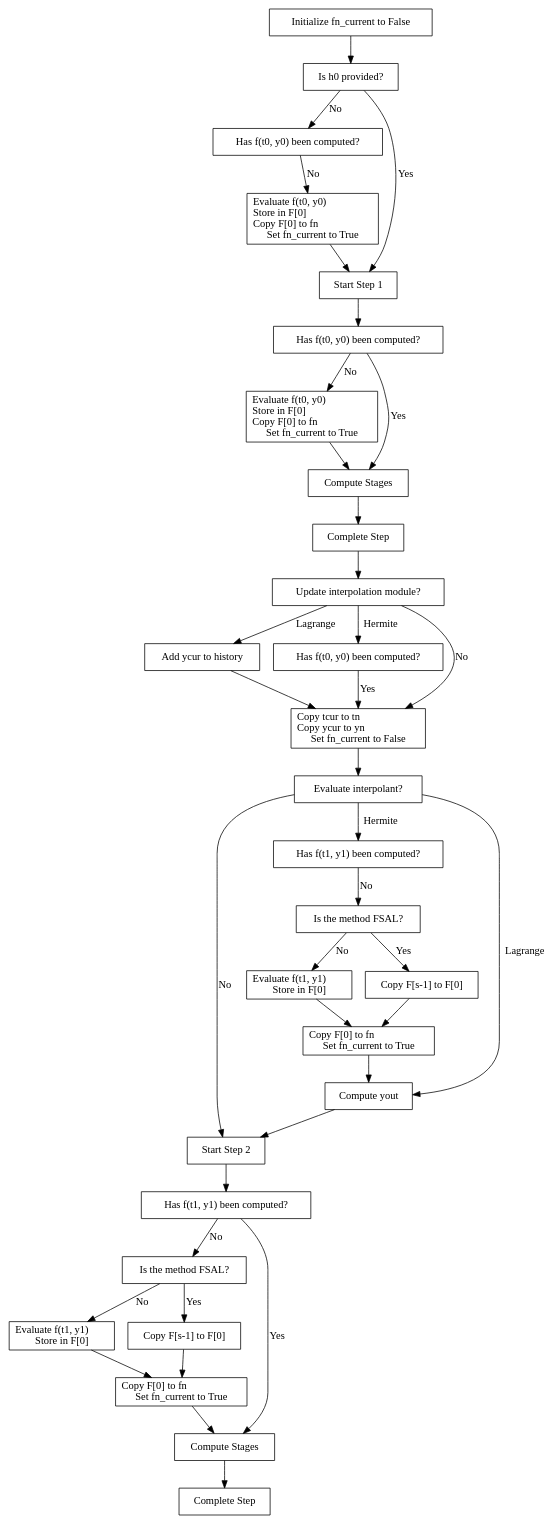
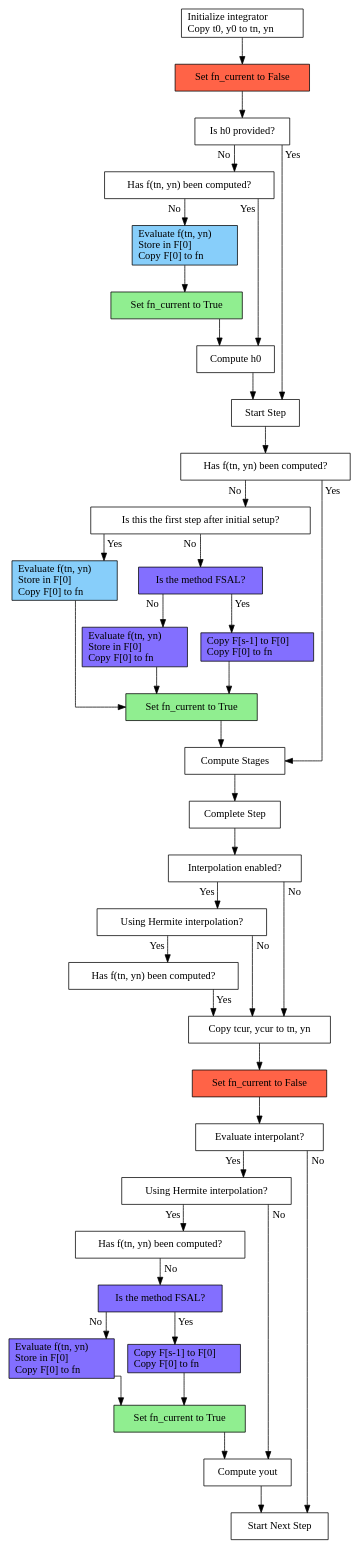
One commit to LLNL/sundials changed the first of 4 diagrams in doc/sundials_developers/source/packages/ARKODE.rst. Above: the diagram before and after it, drawn with Graphviz. The commit also changed other lines of this file, not shown here.

Commit message:
update flow charts

```diff
--- a/doc/sundials_developers/source/packages/ARKODE.rst
+++ b/doc/sundials_developers/source/packages/ARKODE.rst
@@ -22,76 +20,96 @@
 .. digraph:: erk_fullrhs
 
    node [shape=box]
+   splines=ortho
 
-   start [label="Initialize fn_current to False"];
-   h0    [label="Is h0 provided?", target="_top"];
-   f0q1  [label="Has f(t0, y0) been computed?"];
-   eval1 [label="Evaluate f(t0, y0)\lStore in F[0]\lCopy F[0] to fn\lSet fn_current to True"];
-   step1 [label="Start Step 1"];
+   // -----------------
+   // Before first step
+   // -----------------
 
-   start -> h0
-   h0 -> step1 [label="Yes"]
-   h0 -> f0q1 [label="No"]
-   f0q1 -> eval1 [label="No"]
-   eval1 -> step1
+   init    [label="Initialize integrator\lCopy t0, y0 to tn, yn\l"]
+   f0cur   [label="Set fn_current to False", style=filled, fillcolor=tomato1]
+   h0      [label="Is h0 provided?", target="_top"]
+   f0_q1   [label="Has f(tn, yn) been computed?"]
+   eval1   [label="Evaluate f(tn, yn)\lStore in F[0]\lCopy F[0] to fn\l", style=filled, fillcolor=lightskyblue]
+   fcur1   [label="Set fn_current to True", style=filled, fillcolor=lightgreen]
+   h0_comp [label="Compute h0"]
+   start   [label="Start Step"]
 
-   f0q2     [label="Has f(t0, y0) been computed?"];
-   eval2    [label="Evaluate f(t0, y0)\lStore in F[0]\lCopy F[0] to fn\lSet fn_current to True"];
+   init    -> f0cur -> h0
+   h0      -> start   [taillabel="Yes", labeldistance=2, labelangle=45]
+   h0      -> f0_q1   [taillabel="No", labeldistance=2, labelangle=-45]
+   f0_q1   -> h0_comp [taillabel="Yes", labeldistance=2, labelangle=-45]
+   f0_q1   -> eval1   [taillabel="No", labeldistance=2, labelangle=-45]
+   eval1   -> fcur1
+   fcur1   -> h0_comp
+   h0_comp -> start
+
+   // ----------
+   // First step
+   // ----------
+
+   f0q2     [label="Has f(tn, yn) been computed?"]
+   step_q   [label="Is this the first step after initial setup?"]
+   eval2    [label="Evaluate f(tn, yn)\lStore in F[0]\lCopy F[0] to fn\l", style=filled, fillcolor=lightskyblue]
+   fsal     [label="Is the method FSAL?", style=filled, fillcolor=slateblue1]
+   eval3    [label="Evaluate f(tn, yn)\lStore in F[0]\lCopy F[0] to fn\l", style=filled, fillcolor=slateblue1]
+   copy1    [label="Copy F[s-1] to F[0]\lCopy F[0] to fn\l", style=filled, fillcolor=slateblue1]
+   fcur2    [label="Set fn_current to True", style=filled, fillcolor=lightgreen]
    stages1  [label="Compute Stages"]
    complete [label="Complete Step"]
 
-   step1 -> f0q2
-   f0q2 -> stages1 [label="Yes"]
-   f0q2 -> eval2 [label="No"]
-   eval2 -> stages1
-   stages1 -> complete
+   start   -> f0q2
+   f0q2    -> stages1  [taillabel="Yes", labeldistance=2, labelangle=45]
+   f0q2    -> step_q   [taillabel="No", labeldistance=2, labelangle=-45]
+   step_q  -> eval2    [taillabel="Yes", labeldistance=2, labelangle=45]
+   eval2   -> fcur2
+   step_q  -> fsal     [taillabel="No", labeldistance=2, labelangle=-45]
+   fsal    -> eval3    [taillabel="No", labeldistance=2, labelangle=-45]
+   eval3   -> fcur2
+   fsal    -> copy1    [taillabel="Yes", labeldistance=2, labelangle=45]
+   copy1   -> fcur2
+   fcur2   -> stages1 -> complete
 
-   interp_update [label="Update interpolation module?"];
-   lagrange1     [label="Add ycur to history"]
-   f0q3          [label="Has f(t0, y0) been computed?"];
-   update_yn     [label="Copy tcur to tn\lCopy ycur to yn\lSet fn_current to False"];
+   // -------------
+   // Complete step
+   // -------------
 
-   complete -> interp_update
-   interp_update -> update_yn [label="No"]
-   interp_update -> lagrange1 [label="Lagrange"]
-   lagrange1 -> update_yn
-   interp_update -> f0q3 [label="Hermite"]
-   f0q3 -> update_yn [label="Yes"]
+   interp_update [label="Interpolation enabled?"]
+   interp_type1  [label="Using Hermite interpolation?"]
+   f0q3          [label="Has f(tn, yn) been computed?"]
+   update_yn     [label="Copy tcur, ycur to tn, yn"]
+   fcur3         [label="Set fn_current to False", style=filled, fillcolor=tomato1]
 
-   interp_eval [label="Evaluate interpolant?"]
-   step2       [label="Start Step 2"];
-   f1q1        [label="Has f(t1, y1) been computed?"];
-   fsal1       [label="Is the method FSAL?"]
-   eval3       [label="Evaluate f(t1, y1)\lStore in F[0]"];
-   copy1       [label="Copy F[s-1] to F[0]"];
-   fcur1       [label="Copy F[0] to fn\lSet fn_current to True"];
-   interp_yout [label="Compute yout"]
+   complete      -> interp_update
+   interp_update -> update_yn     [taillabel="No", labeldistance=2, labelangle=45]
+   interp_update -> interp_type1  [taillabel="Yes", labeldistance=2, labelangle=-45]
+   interp_type1  -> update_yn     [taillabel="No", labeldistance=2, labelangle=45]
+   interp_type1  -> f0q3          [taillabel="Yes", labeldistance=2, labelangle=-45]
+   f0q3          -> update_yn     [taillabel="Yes", labeldistance=2, labelangle=45]
+   update_yn     -> fcur3
 
-   update_yn -> interp_eval
-   interp_eval -> step2 [label="No"]
-   interp_eval -> interp_yout [label="Lagrange"]
-   interp_eval -> f1q1 [label="Hermite"]
-   f1q1 -> fsal1 [label="No"]
-   fsal1 -> eval3 [label="No"]
-   eval3 -> fcur1
-   fsal1 -> copy1 [label="Yes"]
-   copy1 -> fcur1
-   fcur1 -> interp_yout
-   interp_yout -> step2
+   // ----------
+   // After step
+   // ----------
 
-   f1q2    [label="Has f(t1, y1) been computed?"];
-   fsal2   [label="Is the method FSAL?"]
-   eval4   [label="Evaluate f(t1, y1)\lStore in F[0]"];
-   copy2   [label="Copy F[s-1] to F[0]"];
-   fcur2   [label="Copy F[0] to fn\lSet fn_current to True"];
-   stages2 [label="Compute Stages"]
+   interp_eval  [label="Evaluate interpolant?"]
+   interp_type2 [label="Using Hermite interpolation?"]
+   f1q1         [label="Has f(tn, yn) been computed?"]
+   fsal1        [label="Is the method FSAL?", style=filled, fillcolor=slateblue1]
+   eval4        [label="Evaluate f(tn, yn)\lStore in F[0]\lCopy F[0] to fn\l", style=filled, fillcolor=slateblue1]
+   copy2        [label="Copy F[s-1] to F[0]\lCopy F[0] to fn\l", style=filled, fillcolor=slateblue1]
+   fcur4        [label="Set fn_current to True", style=filled, fillcolor=lightgreen]
+   interp_yout  [label="Compute yout"]
+   step2        [label="Start Next Step"]
 
-   step2 -> f1q2
-   f1q2 -> stages2 [label="Yes"]
-   f1q2 -> fsal2 [label="No"]
-   fsal2 -> copy2 [label="Yes"]
-   copy2 -> fcur2
-   fsal2 -> eval4 [label="No"]
-   eval4 -> fcur2
-   fcur2 -> stages2
-   stages2 -> "Complete Step"
+   fcur3        -> interp_eval
+   interp_eval  -> step2        [taillabel="No", labeldistance=2, labelangle=45]
+   interp_eval  -> interp_type2 [taillabel="Yes", labeldistance=2, labelangle=-45]
+   interp_type2 -> interp_yout  [taillabel="No", labeldistance=2, labelangle=45]
+   interp_type2 -> f1q1         [taillabel="Yes", labeldistance=2, labelangle=-45]
+   f1q1         -> fsal1        [taillabel="No", labeldistance=2, labelangle=45]
+   fsal1        -> eval4        [taillabel="No", labeldistance=2, labelangle=-45]
+   eval4        -> fcur4
+   fsal1        -> copy2        [taillabel="Yes", labeldistance=2, labelangle=45]
+   copy2        -> fcur4
+   fcur4        -> interp_yout -> step2
```
